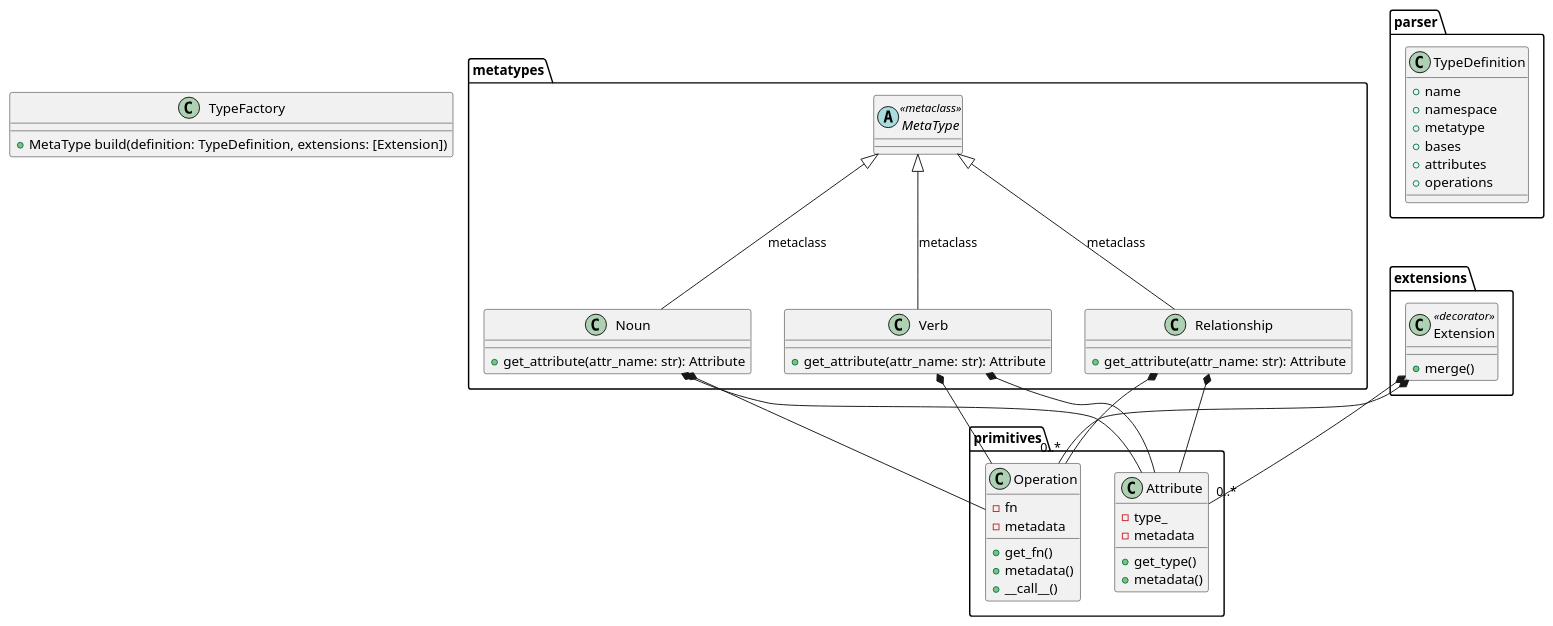
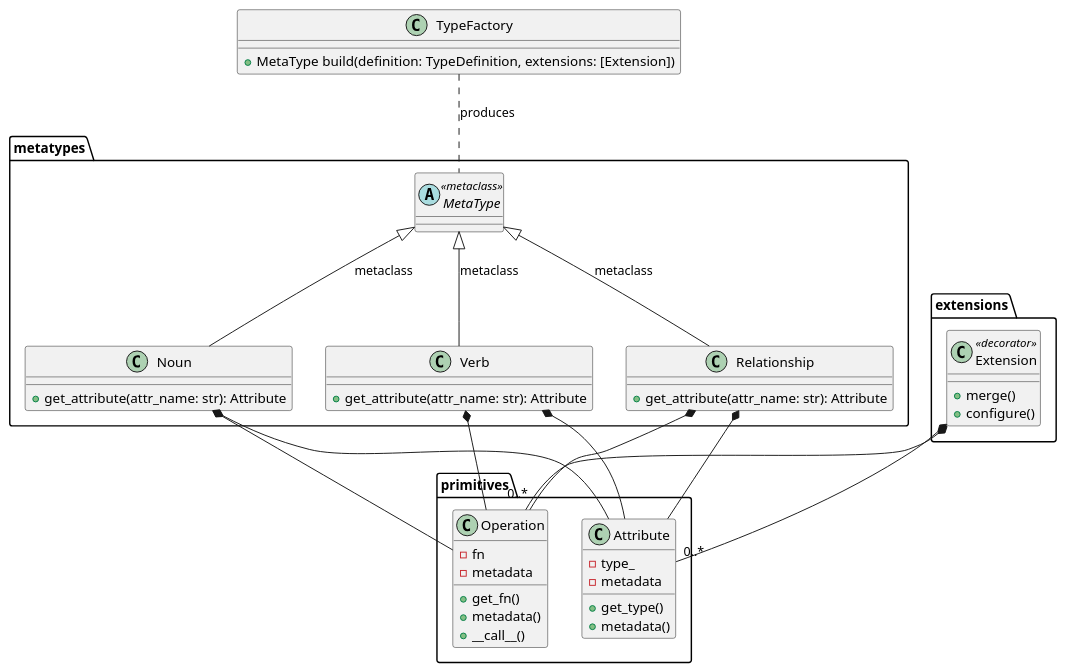
The diagram in docs/uml/class_arch.puml (NeuronSphere/hmd-meta-types), drawn with PlantUML before and after one commit. The commit also changed 10 other files, not shown here.

```diff
--- a/docs/uml/class_arch.puml
+++ b/docs/uml/class_arch.puml
@@ -1,72 +1,64 @@
 @startuml "Class Architecture"
 
 
 class TypeFactory {
     +MetaType build(definition: TypeDefinition, extensions: [Extension])
 }
 
 package metatypes {
     abstract class MetaType <<metaclass>>
     class Noun {
         +get_attribute(attr_name: str): Attribute
     }
 
     class Verb {
         +get_attribute(attr_name: str): Attribute
     }
 
     class Relationship {
         +get_attribute(attr_name: str): Attribute
     }
 }
 
 package primitives {
     class Attribute {
         - type_
         - metadata
         +get_type()
         +metadata()
     }
 
     class Operation {
         - fn
         - metadata
         +get_fn()
         +metadata()
         +__call__()
     }
 }
 
 package extensions {
     class Extension <<decorator>> {
         +merge()
-    }
-}
-
-package parser {
-    class TypeDefinition {
-        +name
-        +namespace
-        +metatype
-        +bases
-        +attributes
-        +operations
+        +configure()
     }
 }
 
 
 MetaType <|-- Noun : metaclass
 MetaType <|-- Verb : metaclass
 MetaType <|-- Relationship : metaclass
 Noun *-- Attribute
 Noun *-- Operation
 Verb *-- Attribute
 Verb *-- Operation
 Relationship *-- Attribute
 Relationship *-- Operation
 
 Extension *--"0..*" Attribute
 Extension *--"0..*" Operation
 
+TypeFactory .. MetaType : produces
+
 
 @enduml
```
